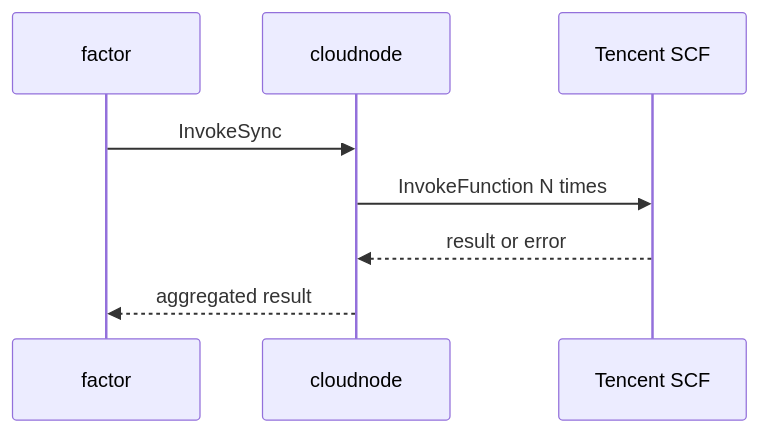
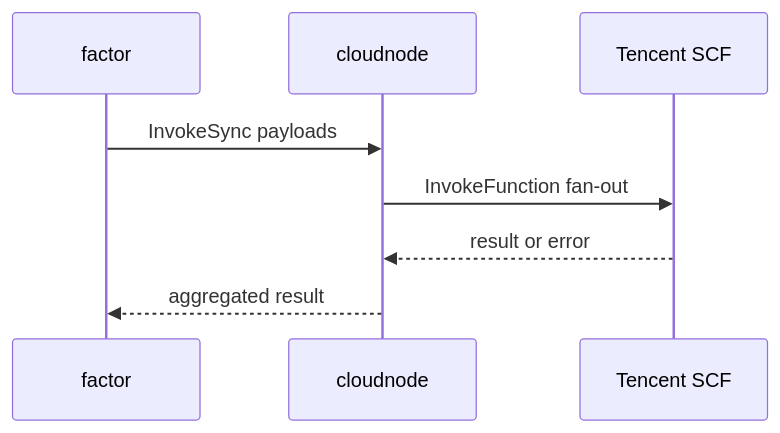
The third of 3 diagrams in docs/云节点执行平台架构.md (mooyang-code/moox), drawn with Mermaid before and after one commit. The commit also changed other lines of this file and 811 other files, not shown here.

````diff
--- a/docs/云节点执行平台架构.md
+++ b/docs/云节点执行平台架构.md
@@ -193,11 +212,11 @@
 ```mermaid
 sequenceDiagram
   participant Factor as factor
   participant CloudNode as cloudnode
   participant TencentSCF as Tencent SCF
 
-  Factor->>CloudNode: InvokeSync
-  CloudNode->>TencentSCF: InvokeFunction N times
+  Factor->>CloudNode: InvokeSync payloads
+  CloudNode->>TencentSCF: InvokeFunction fan-out
   TencentSCF-->>CloudNode: result or error
   CloudNode-->>Factor: aggregated result
 ```
````
